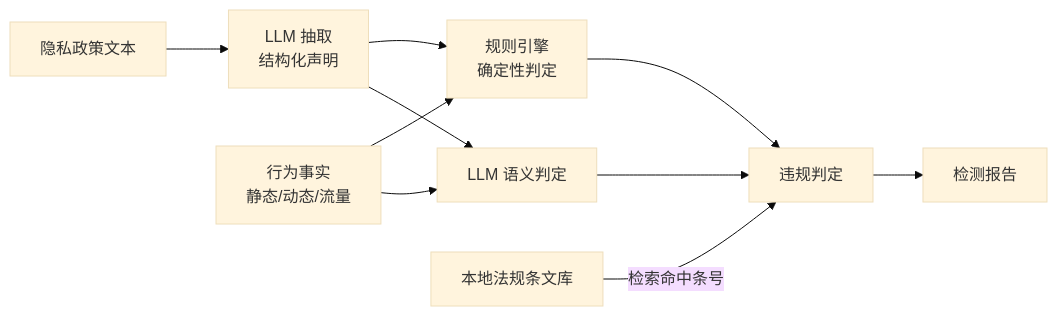
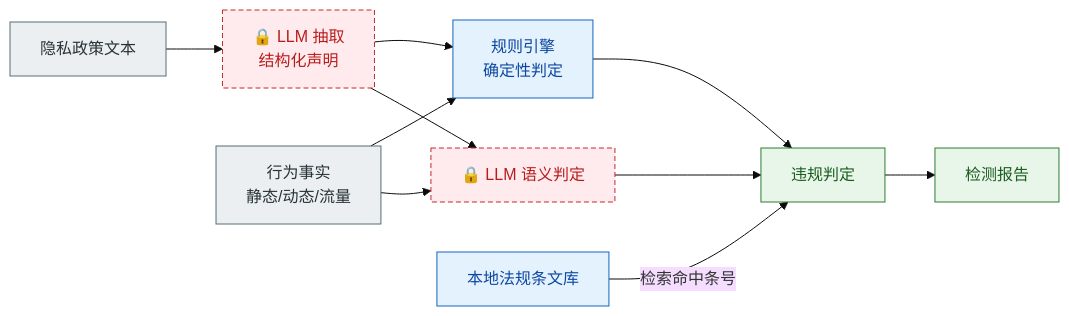
One commit to ConradLu2740/app-privacy-audit changed the diagram in audit/README.md. Above: the diagram before and after it, drawn with Mermaid (base theme). The commit also changed 7 other files, not shown here.

First line of the commit message:
Upgrade all diagrams: unified styling, gate markers, data visualization

````diff
--- a/audit/README.md
+++ b/audit/README.md
@@ -14,12 +14,22 @@
 ```mermaid
 flowchart LR
-  P["隐私政策文本"] --> PE["LLM 抽取<br/>结构化声明"]
+  classDef input fill:#ECEFF1,stroke:#546E7A,color:#263238;
+  classDef det fill:#E3F2FD,stroke:#1565C0,color:#0D47A1;
+  classDef llm fill:#FFEBEE,stroke:#C62828,color:#B71C1C,stroke-dasharray:5 3;
+  classDef out fill:#E8F5E9,stroke:#2E7D32,color:#1B5E20;
+
+  P["隐私政策文本"] --> PE["🔒 LLM 抽取<br/>结构化声明"]
   BF["行为事实<br/>静态/动态/流量"] --> RL["规则引擎<br/>确定性判定"]
   PE --> RL
-  PE --> SV["LLM 语义判定"]
+  PE --> SV["🔒 LLM 语义判定"]
   BF --> SV
   RL --> F["违规判定"]
   SV --> F
-  REG["本地法规条文库"] -->|"检索命中条号"| F
+  REG["本地法规条文库"] -->|检索命中条号| F
   F --> RPT["检测报告"]
+
+  class P,BF input;
+  class PE,SV llm;
+  class RL,REG det;
+  class F,RPT out;
 ```
````
